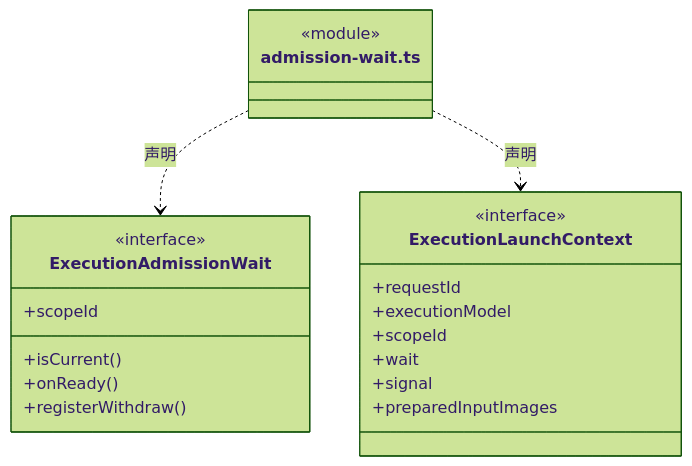
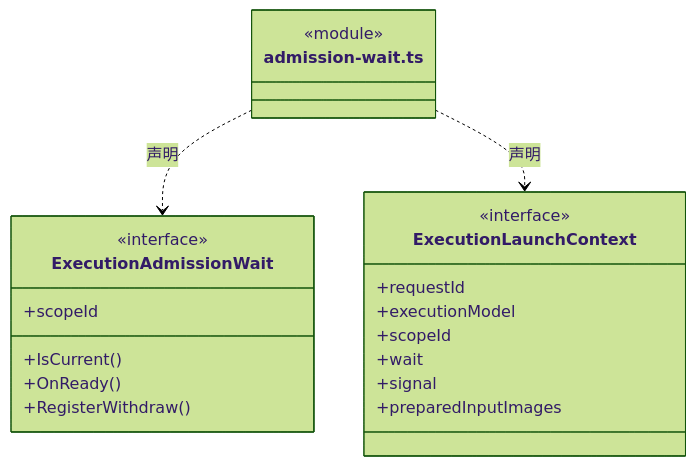
One commit to nan023062/cbim changed the first of 5 diagrams in src/logic/execution/admission/ARCHITECTURE.md. Above: the diagram before and after it, drawn with Mermaid (forest theme). The commit also changed other lines of this file and 1035 other files, not shown here.

````diff
--- a/src/logic/execution/admission/ARCHITECTURE.md
+++ b/src/logic/execution/admission/ARCHITECTURE.md
@@ -25,24 +25,24 @@
 ```mermaid
 classDiagram
 class N_src_logic_execution_admission_admission_wait_ts["admission-wait.ts"] {
   <<module>>
 }
 class N_src_logic_execution_admission_admission_wait_ts_ExecutionAdmissionWait["ExecutionAdmissionWait"] {
   <<interface>>
   +scopeId
-  +isCurrent()
-  +onReady()
-  +registerWithdraw()
+  +IsCurrent()
+  +OnReady()
+  +RegisterWithdraw()
 }
 N_src_logic_execution_admission_admission_wait_ts ..> N_src_logic_execution_admission_admission_wait_ts_ExecutionAdmissionWait : 声明
 class N_src_logic_execution_admission_admission_wait_ts_ExecutionLaunchContext["ExecutionLaunchContext"] {
   <<interface>>
   +requestId
   +executionModel
   +scopeId
   +wait
   +signal
   +preparedInputImages
 }
 N_src_logic_execution_admission_admission_wait_ts ..> N_src_logic_execution_admission_admission_wait_ts_ExecutionLaunchContext : 声明
 ```
````
